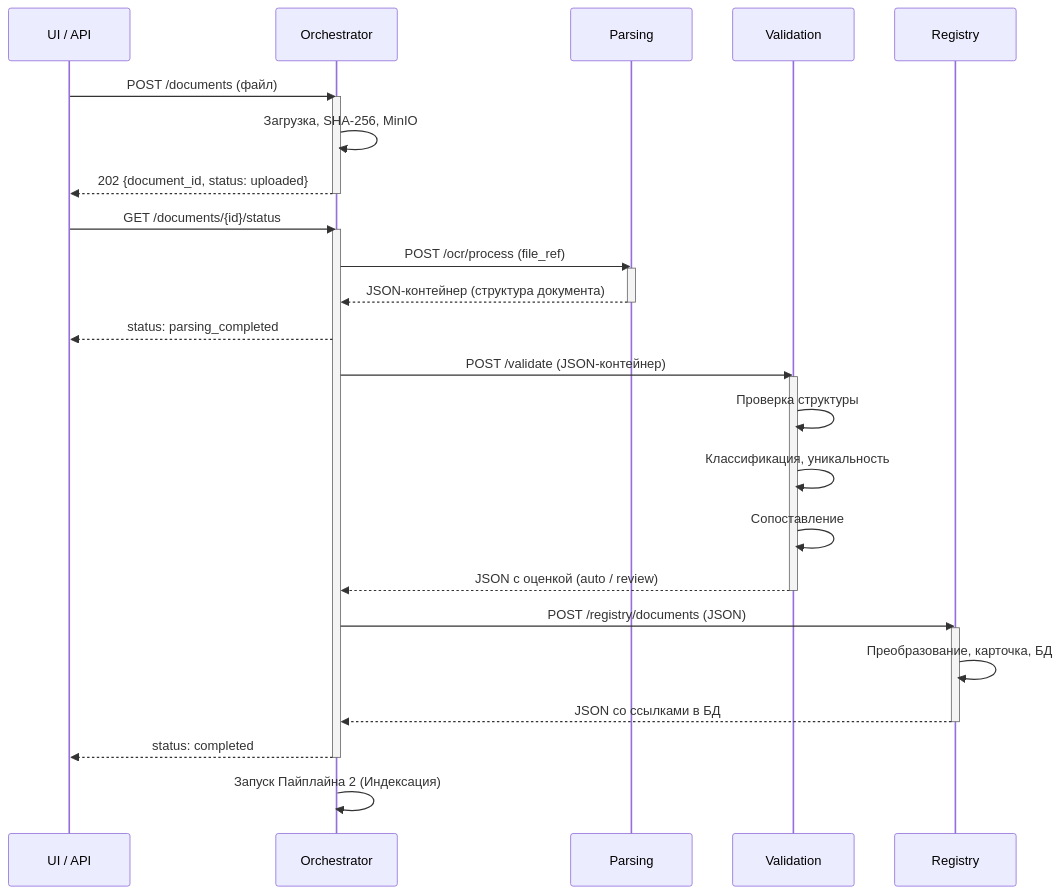
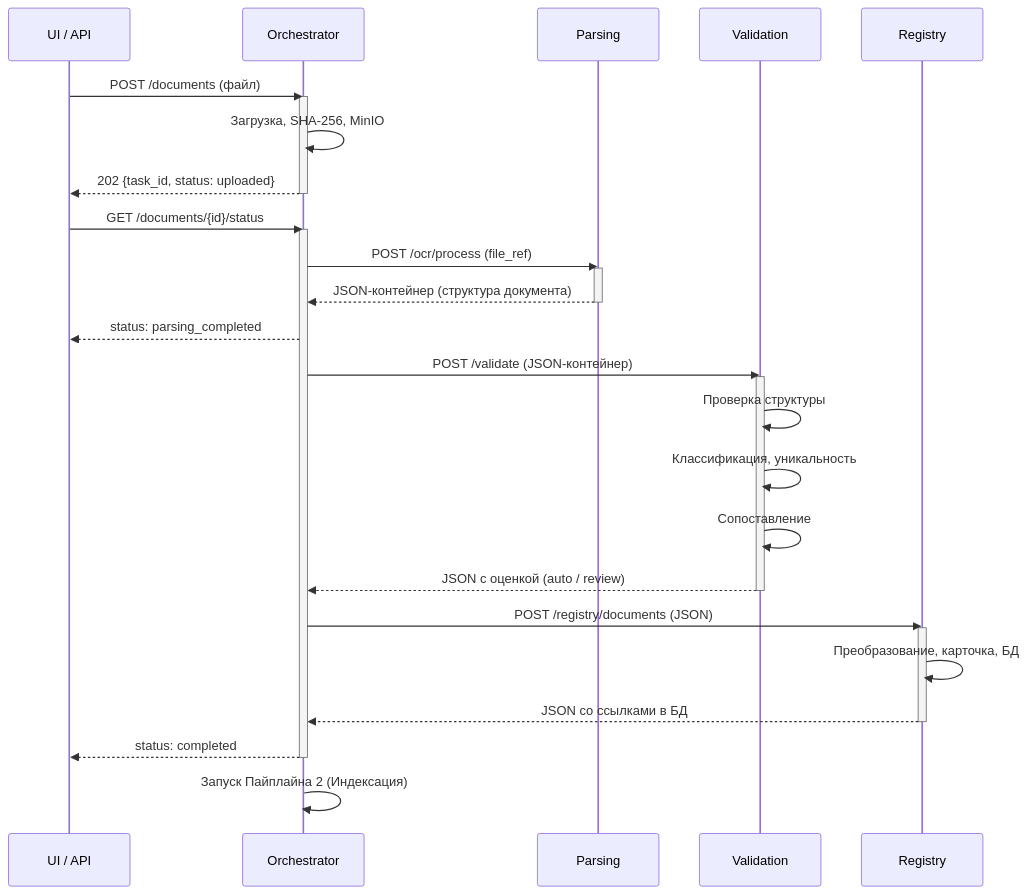
Before and after one commit to MasterKSAF/PKB: the first of 3 diagrams in docs/pipelines/pipeline1-formation.md, drawn with Mermaid. The commit also changed other lines of this file and 8 other files, not shown here.

First line of the commit message:
docs: align API and DB schema with Validation-assigned document_id

````diff
--- a/docs/pipelines/pipeline1-formation.md
+++ b/docs/pipelines/pipeline1-formation.md
@@ -5,45 +5,45 @@
 ```mermaid
 sequenceDiagram
     participant UI as UI / API
     participant Orch as Orchestrator
     participant Pars as Parsing
     participant Val as Validation
     participant Reg as Registry
 
     UI->>Orch: POST /documents (файл)
     activate Orch
     Orch->>Orch: Загрузка, SHA-256, MinIO
-    Orch-->>UI: 202 {document_id, status: uploaded}
+    Orch-->>UI: 202 {task_id, status: uploaded}
     deactivate Orch
 
     UI->>Orch: GET /documents/{id}/status
     activate Orch
 
     %% Этап 1: Parsing (изоляция от БД)
     Orch->>Pars: POST /ocr/process (file_ref)
     activate Pars
     Pars-->>Orch: JSON-контейнер (структура документа)
     deactivate Pars
     Orch-->>UI: status: parsing_completed
 
     %% Этап 2: Validation (читает БД)
     Orch->>Val: POST /validate (JSON-контейнер)
     activate Val
     Val->>Val: Проверка структуры
     Val->>Val: Классификация, уникальность
     Val->>Val: Сопоставление
     Val-->>Orch: JSON с оценкой (auto / review)
     deactivate Val
 
     %% Этап 3: Registry (пишет БД)
     Orch->>Reg: POST /registry/documents (JSON)
     activate Reg
     Reg->>Reg: Преобразование, карточка, БД
     Reg-->>Orch: JSON со ссылками в БД
     deactivate Reg
 
     Orch-->>UI: status: completed
     deactivate Orch
 
     Orch->>Orch: Запуск Пайплайна 2 (Индексация)
 ```
````
